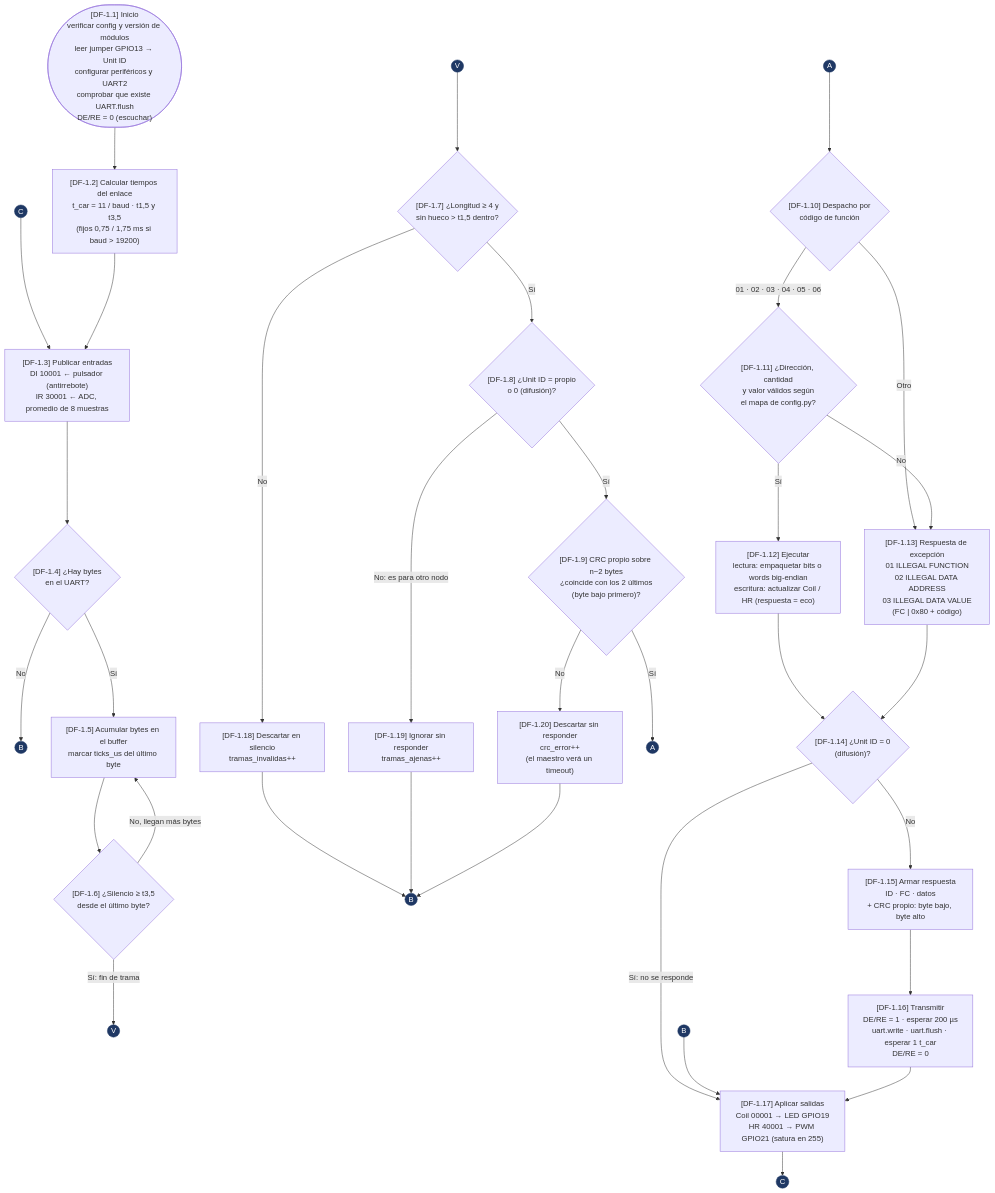
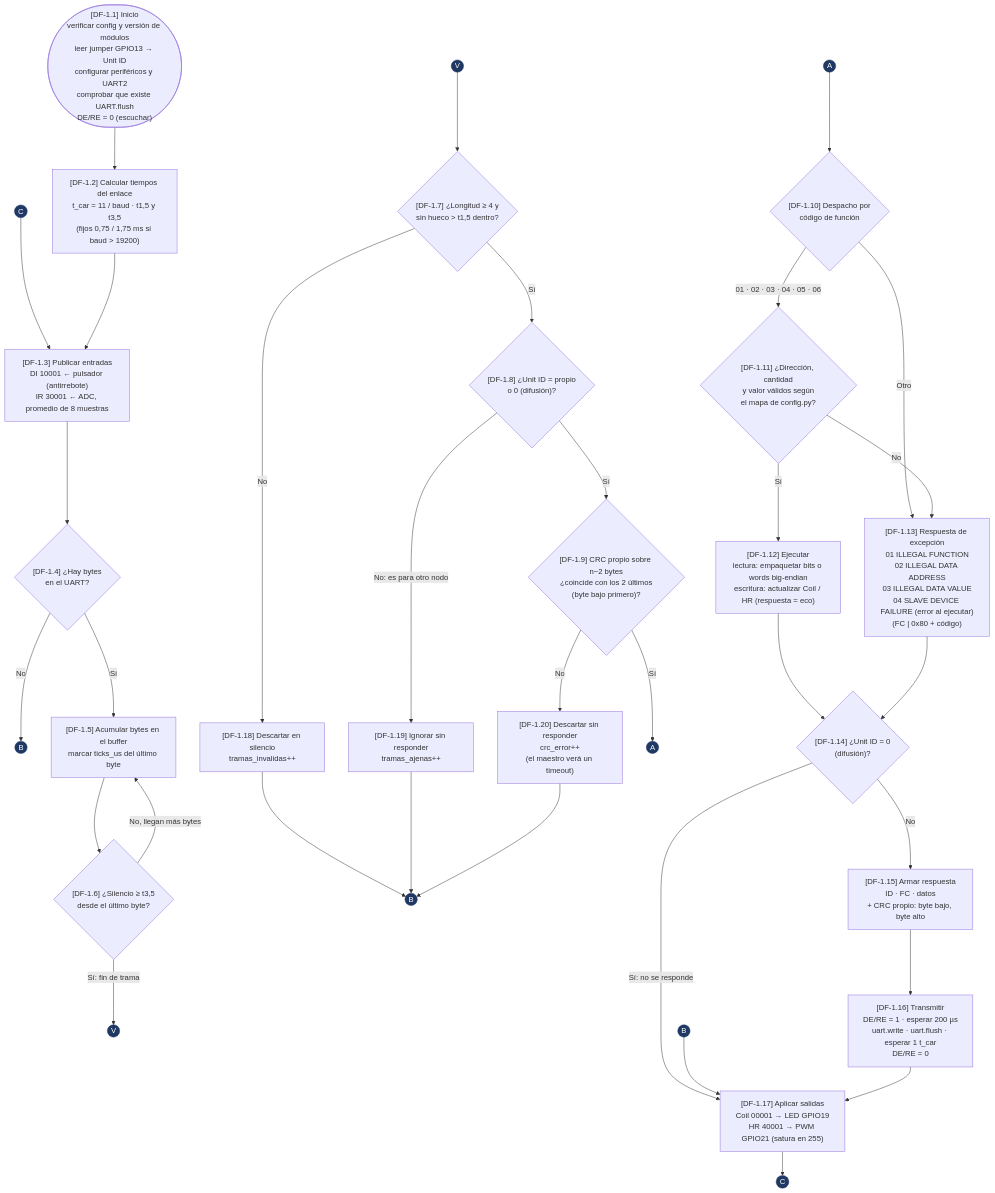
Before and after one commit to bevilacquafrancisco/protocolos-comunicaciones-industriales: the diagram in tarea-3/docs/diagramas/flujo-esclavo.mmd, drawn with Mermaid. The commit also changed 6 other files, not shown here.

First line of the commit message:
docs(tarea3): documentar el firmware del esclavo y actualizar diagrama, diccionario y matriz

```diff
--- a/tarea-3/docs/diagramas/flujo-esclavo.mmd
+++ b/tarea-3/docs/diagramas/flujo-esclavo.mmd
@@ -1,47 +1,47 @@
 %% flujo-esclavo.mmd — Dispositivo 1 · esclavo MODBus RTU (MicroPython, stack propio)
 %% Cada bloque [DF-1.x] se cita en el comentario de la función que lo implementa (requisito T.2).
 %% Equivalencia con la T1: DF-1.1 ~ E1/E2 · DF-1.3 ~ E3 · DF-1.4 a DF-1.16 reemplazan a E4 (umodbus) · DF-1.17 ~ E5
 %% Se dibuja en tres columnas unidas por conectores (círculos V, A, B, C) para que entre legible en
 %% una página: Mermaid ubica lado a lado los componentes que no comparten flechas.
 flowchart TD
     %% ---------------- Columna 1: recepción de la trama ----------------
     A(["[DF-1.1] Inicio<br/>verificar config y versión de módulos<br/>leer jumper GPIO13 → Unit ID<br/>configurar periféricos y UART2<br/>comprobar que existe UART.flush<br/>DE/RE = 0 (escuchar)"])
     A --> B["[DF-1.2] Calcular tiempos del enlace<br/>t_car = 11 / baud · t1,5 y t3,5<br/>(fijos 0,75 / 1,75 ms si baud > 19200)"]
     CC((C)) --> C
     B --> C["[DF-1.3] Publicar entradas<br/>DI 10001 ← pulsador (antirrebote)<br/>IR 30001 ← ADC, promedio de 8 muestras"]
     C --> D{"[DF-1.4] ¿Hay bytes<br/>en el UART?"}
     D -- No --> B1((B))
     D -- Sí --> E["[DF-1.5] Acumular bytes en el buffer<br/>marcar ticks_us del último byte"]
     E --> F{"[DF-1.6] ¿Silencio ≥ t3,5<br/>desde el último byte?"}
     F -- "No, llegan más bytes" --> E
     F -- "Sí: fin de trama" --> V1((V))
 
     %% ---------------- Columna 2: validación de la trama ----------------
     V2((V)) --> G{"[DF-1.7] ¿Longitud ≥ 4 y<br/>sin hueco > t1,5 dentro?"}
     G -- No --> X["[DF-1.18] Descartar en silencio<br/>tramas_invalidas++"]
     G -- Sí --> H{"[DF-1.8] ¿Unit ID = propio<br/>o 0 (difusión)?"}
     H -- "No: es para otro nodo" --> X2["[DF-1.19] Ignorar sin responder<br/>tramas_ajenas++"]
     H -- Sí --> I{"[DF-1.9] CRC propio sobre n−2 bytes<br/>¿coincide con los 2 últimos<br/>(byte bajo primero)?"}
     I -- No --> X3["[DF-1.20] Descartar sin responder<br/>crc_error++<br/>(el maestro verá un timeout)"]
     I -- Sí --> A1((A))
     X --> B2((B))
     X2 --> B2
     X3 --> B2
 
     %% ---------------- Columna 3: despacho, respuesta y salidas ----------------
     A2((A)) --> J{"[DF-1.10] Despacho por<br/>código de función"}
     J -- "01 · 02 · 03 · 04 · 05 · 06" --> K{"[DF-1.11] ¿Dirección, cantidad<br/>y valor válidos según<br/>el mapa de config.py?"}
-    J -- "Otro" --> EX["[DF-1.13] Respuesta de excepción<br/>01 ILLEGAL FUNCTION<br/>02 ILLEGAL DATA ADDRESS<br/>03 ILLEGAL DATA VALUE<br/>(FC | 0x80 + código)"]
+    J -- "Otro" --> EX["[DF-1.13] Respuesta de excepción<br/>01 ILLEGAL FUNCTION<br/>02 ILLEGAL DATA ADDRESS<br/>03 ILLEGAL DATA VALUE<br/>04 SLAVE DEVICE FAILURE (error al ejecutar)<br/>(FC | 0x80 + código)"]
     K -- "No" --> EX
     K -- "Sí" --> L["[DF-1.12] Ejecutar<br/>lectura: empaquetar bits o words big-endian<br/>escritura: actualizar Coil / HR (respuesta = eco)"]
     L --> Q{"[DF-1.14] ¿Unit ID = 0<br/>(difusión)?"}
     EX --> Q
     Q -- No --> M["[DF-1.15] Armar respuesta<br/>ID · FC · datos<br/>+ CRC propio: byte bajo, byte alto"]
     M --> N["[DF-1.16] Transmitir<br/>DE/RE = 1 · esperar 200 µs<br/>uart.write · uart.flush · esperar 1 t_car<br/>DE/RE = 0"]
     Q -- "Sí: no se responde" --> P
     B3((B)) --> P
     N --> P["[DF-1.17] Aplicar salidas<br/>Coil 00001 → LED GPIO19<br/>HR 40001 → PWM GPIO21 (satura en 255)"]
     P --> C2((C))
 
     classDef conector fill:#1f3864,stroke:#1f3864,color:#ffffff
     class A1,A2,B1,B2,B3,CC,C2,V1,V2 conector
```
